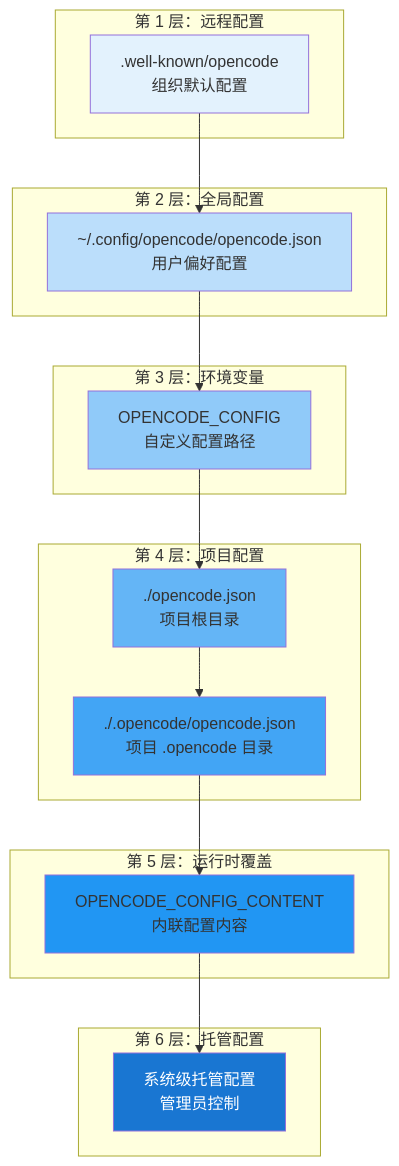
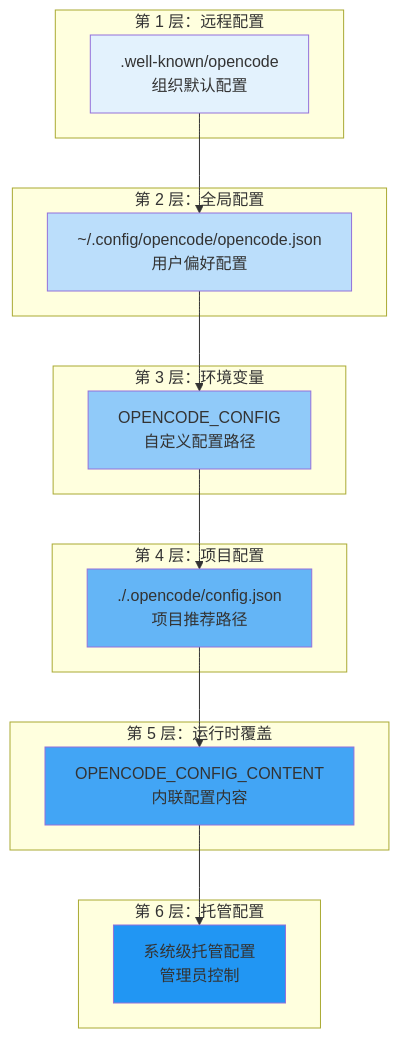
The first of 3 diagrams in src/03-setup/opencode-config.md (tonydeng/harness-engineering-from-oc-to-ai-coding), drawn with Mermaid before and after one commit. The commit also changed other lines of this file and 39 other files, not shown here.

````diff
--- a/src/03-setup/opencode-config.md
+++ b/src/03-setup/opencode-config.md
@@ -17,37 +19,35 @@
 ```mermaid
 flowchart TB
     subgraph Layer1["第 1 层：远程配置"]
         R1[".well-known/opencode<br/>组织默认配置"]
     end
     
     subgraph Layer2["第 2 层：全局配置"]
         G1["~/.config/opencode/opencode.json<br/>用户偏好配置"]
     end
     
     subgraph Layer3["第 3 层：环境变量"]
         E1["OPENCODE_CONFIG<br/>自定义配置路径"]
     end
     
     subgraph Layer4["第 4 层：项目配置"]
-        P1["./opencode.json<br/>项目根目录"]
-        P2["./.opencode/opencode.json<br/>项目 .opencode 目录"]
+        P1["./.opencode/config.json<br/>项目推荐路径"]
     end
     
     subgraph Layer5["第 5 层：运行时覆盖"]
         I1["OPENCODE_CONFIG_CONTENT<br/>内联配置内容"]
     end
     
     subgraph Layer6["第 6 层：托管配置"]
         M1["系统级托管配置<br/>管理员控制"]
     end
     
-    R1 --> G1 --> E1 --> P1 --> P2 --> I1 --> M1
-    
+    R1 --> G1 --> E1 --> P1 --> I1 --> M1
+
     style R1 fill:#e3f2fd
     style G1 fill:#bbdefb
     style E1 fill:#90caf9
     style P1 fill:#64b5f6
-    style P2 fill:#42a5f5
-    style I1 fill:#2196f3
-    style M1 fill:#1976d2,color:#fff
+    style I1 fill:#42a5f5
+    style M1 fill:#2196f3
 ```
````
